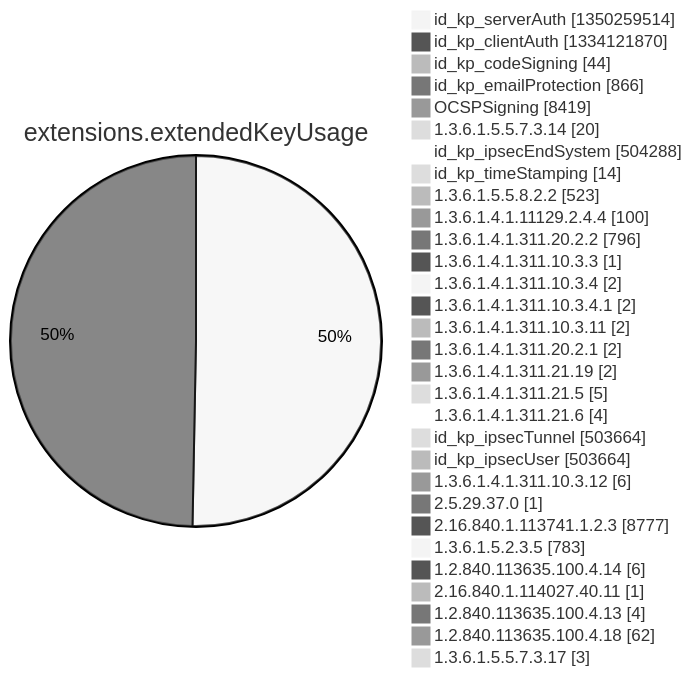
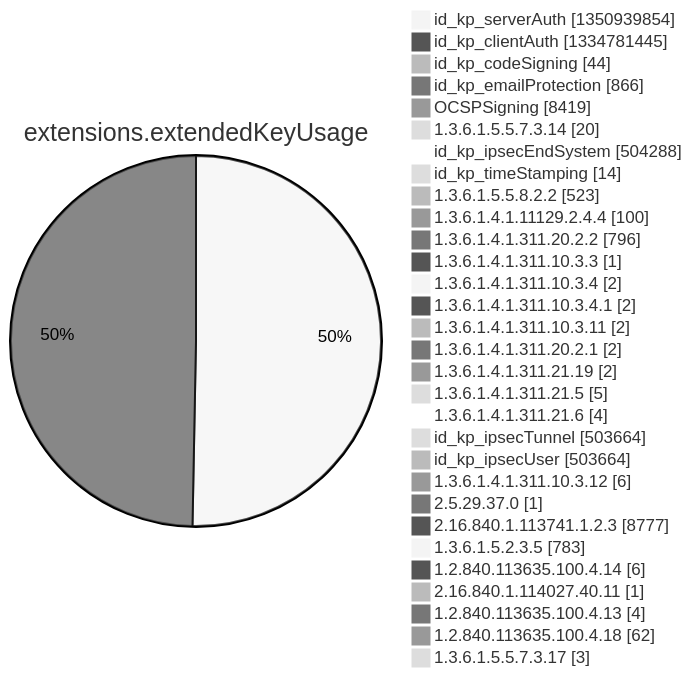
Diagram 12 of 15 in argon2022/README.md (christiankrug/ctmonitor_visualization), drawn with Mermaid (neutral theme) before and after one commit. The commit also changed other lines of this file, not shown here.

````diff
--- a/argon2022/README.md
+++ b/argon2022/README.md
@@ -3553,34 +3553,34 @@
 ```mermaid
 pie showData
 title extensions.extendedKeyUsage
-"id_kp_serverAuth" :1350259514
-"id_kp_clientAuth" :1334121870
+"id_kp_serverAuth" :1350939854
+"id_kp_clientAuth" :1334781445
 "id_kp_codeSigning" :44
 "id_kp_emailProtection" :866
 "OCSPSigning" :8419
 "1.3.6.1.5.5.7.3.14" :20
 "id_kp_ipsecEndSystem" :504288
 "id_kp_timeStamping" :14
 "1.3.6.1.5.5.8.2.2" :523
 "1.3.6.1.4.1.11129.2.4.4" :100
 "1.3.6.1.4.1.311.20.2.2" :796
 "1.3.6.1.4.1.311.10.3.3" :1
 "1.3.6.1.4.1.311.10.3.4" :2
 "1.3.6.1.4.1.311.10.3.4.1" :2
 "1.3.6.1.4.1.311.10.3.11" :2
 "1.3.6.1.4.1.311.20.2.1" :2
 "1.3.6.1.4.1.311.21.19" :2
 "1.3.6.1.4.1.311.21.5" :5
 "1.3.6.1.4.1.311.21.6" :4
 "id_kp_ipsecTunnel" :503664
 "id_kp_ipsecUser" :503664
 "1.3.6.1.4.1.311.10.3.12" :6
 "2.5.29.37.0" :1
 "2.16.840.1.113741.1.2.3" :8777
 "1.3.6.1.5.2.3.5" :783
 "1.2.840.113635.100.4.14" :6
 "2.16.840.1.114027.40.11" :1
 "1.2.840.113635.100.4.13" :4
 "1.2.840.113635.100.4.18" :62
 "1.3.6.1.5.5.7.3.17" :3
 ```
````
